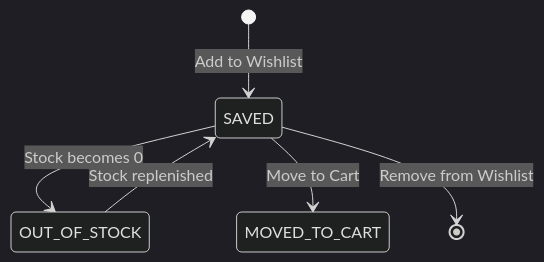
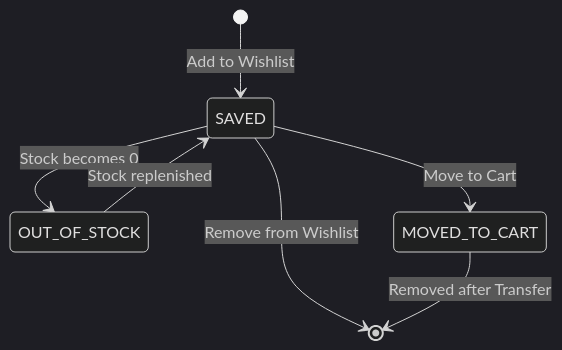
One commit to khaingthinthinwin-dev/skin-analysis changed the first of 2 diagrams in docs/screen/Wishlist_Cart/Detailed Design/DD_Wishlist_CartPage_01_MODULE_OVERVIEW.md. Above: the diagram before and after it, drawn with Mermaid (dark theme). The commit also changed other lines of this file and 5 other files, not shown here.

````diff
--- a/docs/screen/Wishlist_Cart/Detailed Design/DD_Wishlist_CartPage_01_MODULE_OVERVIEW.md
+++ b/docs/screen/Wishlist_Cart/Detailed Design/DD_Wishlist_CartPage_01_MODULE_OVERVIEW.md
@@ -38,8 +35,9 @@
 ```mermaid
 stateDiagram-v2
     [*] --> SAVED : Add to Wishlist
     SAVED --> OUT_OF_STOCK : Stock becomes 0
     OUT_OF_STOCK --> SAVED : Stock replenished
     SAVED --> MOVED_TO_CART : Move to Cart
     SAVED --> [*] : Remove from Wishlist
+    MOVED_TO_CART --> [*] : Removed after Transfer
 ```
````
